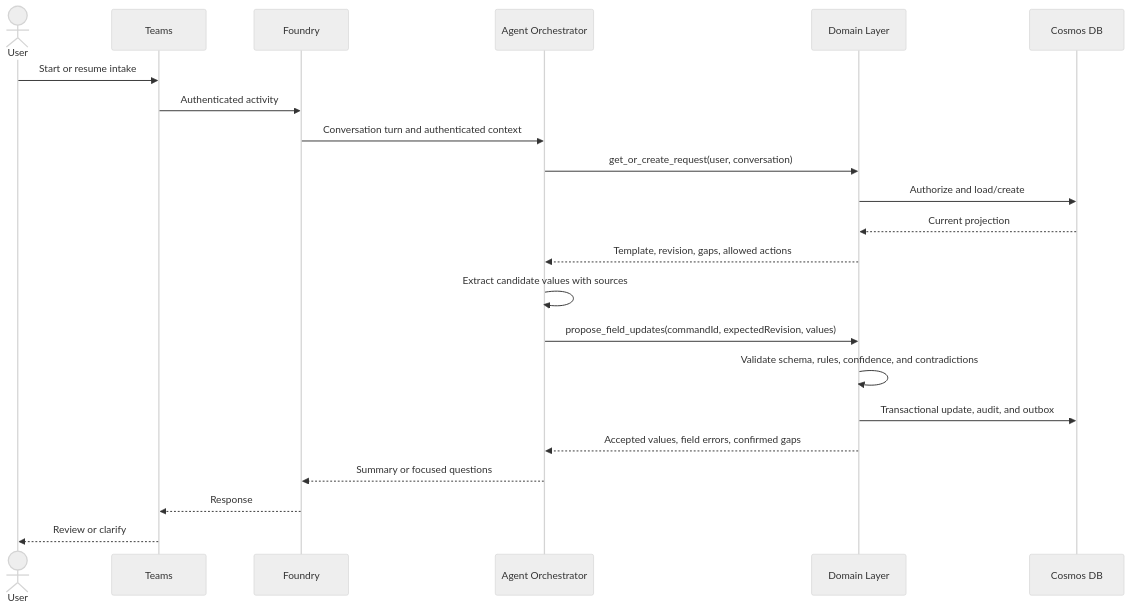
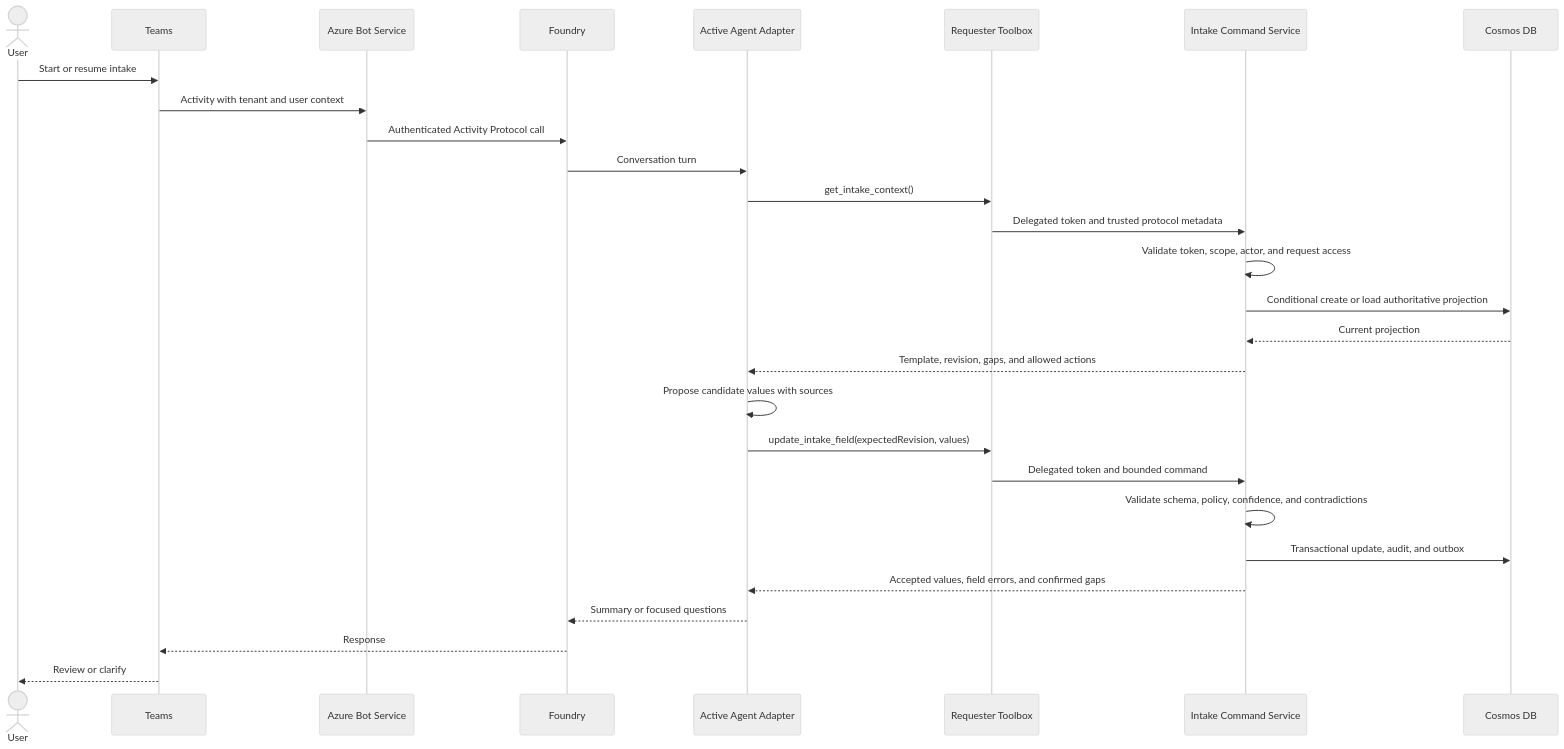
One commit to duongthaiha/intake-agent changed the sixth of 13 diagrams in docs/architecture-design.md. Above: the diagram before and after it, drawn with Mermaid (neutral theme). The commit also changed other lines of this file and 1 other file, not shown here.

````diff
--- a/docs/architecture-design.md
+++ b/docs/architecture-design.md
@@ -524,25 +581,31 @@
 ```mermaid
 sequenceDiagram
     actor User
     participant Teams
+    participant Bot as Azure Bot Service
     participant Foundry
-    participant Orchestrator as Agent Orchestrator
-    participant Domain as Domain Layer
+    participant Agent as Active Agent Adapter
+    participant Tools as Requester Toolbox
+    participant MCP as Intake Command Service
     participant DB as Cosmos DB
 
     User->>Teams: Start or resume intake
-    Teams->>Foundry: Authenticated activity
-    Foundry->>Orchestrator: Conversation turn and authenticated context
-    Orchestrator->>Domain: get_or_create_request(user, conversation)
-    Domain->>DB: Authorize and load/create
-    DB-->>Domain: Current projection
-    Domain-->>Orchestrator: Template, revision, gaps, allowed actions
-    Orchestrator->>Orchestrator: Extract candidate values with sources
-    Orchestrator->>Domain: propose_field_updates(commandId, expectedRevision, values)
-    Domain->>Domain: Validate schema, rules, confidence, and contradictions
-    Domain->>DB: Transactional update, audit, and outbox
-    Domain-->>Orchestrator: Accepted values, field errors, confirmed gaps
-    Orchestrator-->>Foundry: Summary or focused questions
+    Teams->>Bot: Activity with tenant and user context
+    Bot->>Foundry: Authenticated Activity Protocol call
+    Foundry->>Agent: Conversation turn
+    Agent->>Tools: get_intake_context()
+    Tools->>MCP: Delegated token and trusted protocol metadata
+    MCP->>MCP: Validate token, scope, actor, and request access
+    MCP->>DB: Conditional create or load authoritative projection
+    DB-->>MCP: Current projection
+    MCP-->>Agent: Template, revision, gaps, and allowed actions
+    Agent->>Agent: Propose candidate values with sources
+    Agent->>Tools: update_intake_field(expectedRevision, values)
+    Tools->>MCP: Delegated token and bounded command
+    MCP->>MCP: Validate schema, policy, confidence, and contradictions
+    MCP->>DB: Transactional update, audit, and outbox
+    MCP-->>Agent: Accepted values, field errors, and confirmed gaps
+    Agent-->>Foundry: Summary or focused questions
     Foundry-->>Teams: Response
     Teams-->>User: Review or clarify
 ```
````
